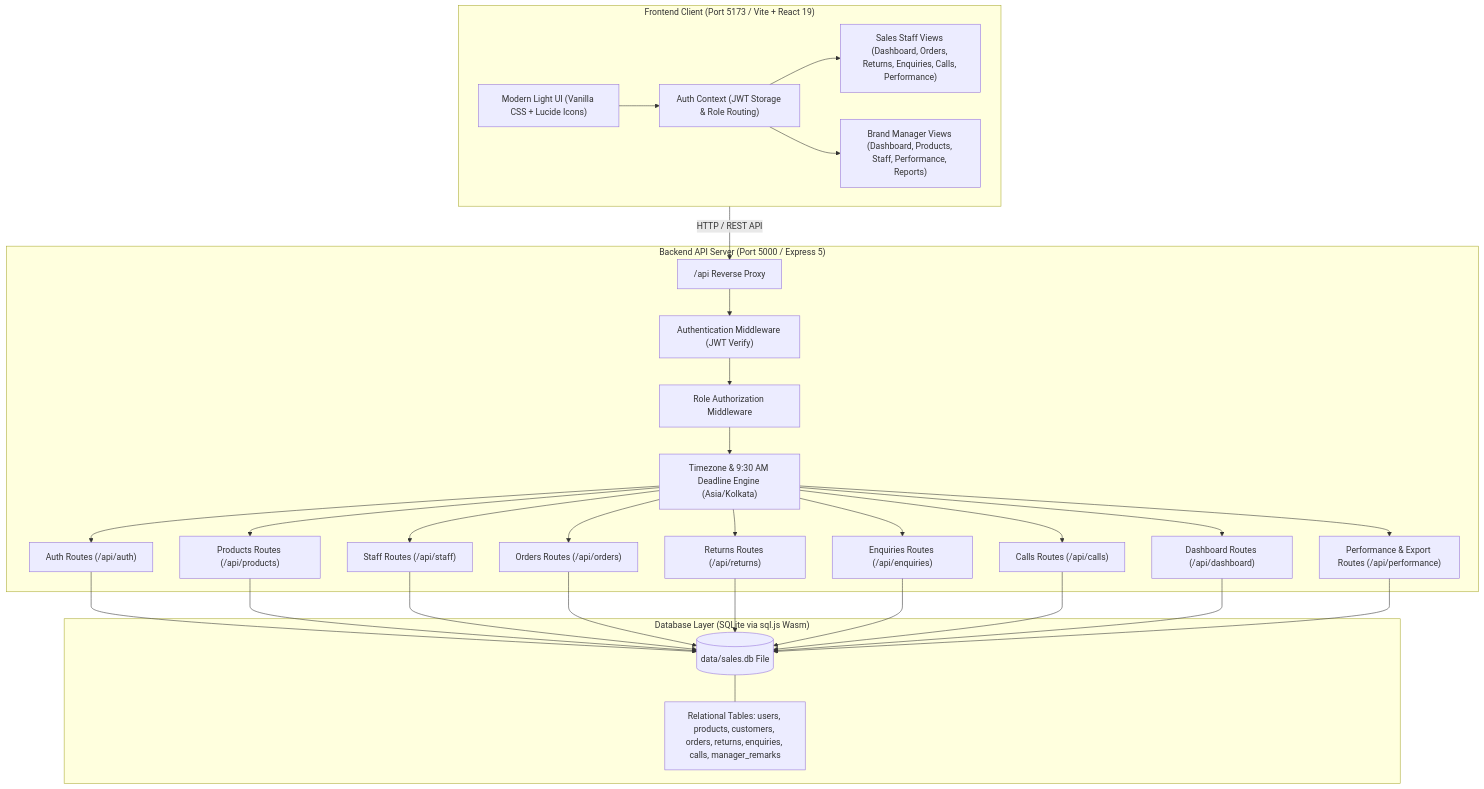
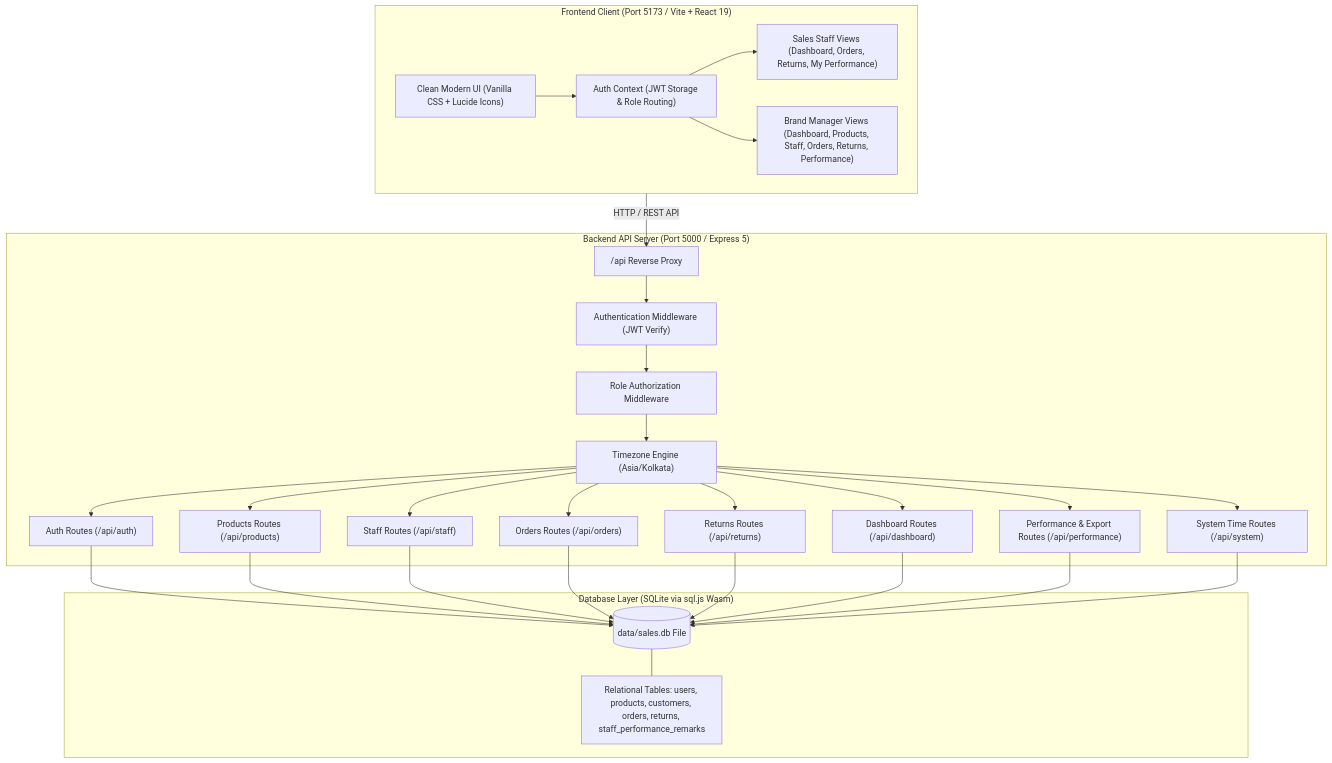
The first of 2 diagrams in README.md (neefdevelopers/Sales-Analyser), drawn with Mermaid before and after one commit. The commit also changed other lines of this file and 21 other files, not shown here.

Commit message:
Simplify Sales Management System: Remove enquiries, calls, and daily activity deadline

````diff
--- a/README.md
+++ b/README.md
@@ -193,42 +159,41 @@
 ```mermaid
 flowchart TD
     subgraph Client["Frontend Client (Port 5173 / Vite + React 19)"]
-        UI["Modern Light UI (Vanilla CSS + Lucide Icons)"]
+        UI["Clean Modern UI (Vanilla CSS + Lucide Icons)"]
         AuthCtx["Auth Context (JWT Storage & Role Routing)"]
-        StaffViews["Sales Staff Views (Dashboard, Orders, Returns, Enquiries, Calls, Performance)"]
-        ManagerViews["Brand Manager Views (Dashboard, Products, Staff, Performance, Reports)"]
+        StaffViews["Sales Staff Views (Dashboard, Orders, Returns, My Performance)"]
+        ManagerViews["Brand Manager Views (Dashboard, Products, Staff, Orders, Returns, Performance)"]
         UI --> AuthCtx
         AuthCtx --> StaffViews
         AuthCtx --> ManagerViews
     end
 
     subgraph Backend["Backend API Server (Port 5000 / Express 5)"]
         Proxy["/api Reverse Proxy"]
         AuthMW["Authentication Middleware (JWT Verify)"]
         RoleMW["Role Authorization Middleware"]
-        TZEngine["Timezone & 9:30 AM Deadline Engine (Asia/Kolkata)"]
+        TZ["Timezone Engine (Asia/Kolkata)"]
         
         R_Auth["Auth Routes (/api/auth)"]
         R_Prod["Products Routes (/api/products)"]
         R_Staff["Staff Routes (/api/staff)"]
         R_Order["Orders Routes (/api/orders)"]
         R_Ret["Returns Routes (/api/returns)"]
-        R_Enq["Enquiries Routes (/api/enquiries)"]
-        R_Call["Calls Routes (/api/calls)"]
         R_Dash["Dashboard Routes (/api/dashboard)"]
         R_Perf["Performance & Export Routes (/api/performance)"]
+        R_Sys["System Time Routes (/api/system)"]
     end
 
     subgraph Database["Database Layer (SQLite via sql.js Wasm)"]
         DB[(data/sales.db File)]
-        Schema["Relational Tables: users, products, customers, orders, returns, enquiries, calls, manager_remarks"]
+        Schema["Relational Tables: users, products, customers, orders, returns, staff_performance_remarks"]
     end
 
     Client -->|HTTP / REST API| Proxy
     Proxy --> AuthMW
     AuthMW --> RoleMW
-    RoleMW --> TZEngine
-    TZEngine --> R_Auth & R_Prod & R_Staff & R_Order & R_Ret & R_Enq & R_Call & R_Dash & R_Perf
-    R_Auth & R_Prod & R_Staff & R_Order & R_Ret & R_Enq & R_Call & R_Dash & R_Perf --> DB
+    RoleMW --> TZ
+    TZ --> R_Auth & R_Prod & R_Staff & R_Order & R_Ret & R_Dash & R_Perf & R_Sys
+    R_Auth & R_Prod & R_Staff & R_Order & R_Ret & R_Dash & R_Perf & R_Sys --> DB
     DB --- Schema
 ```
````
